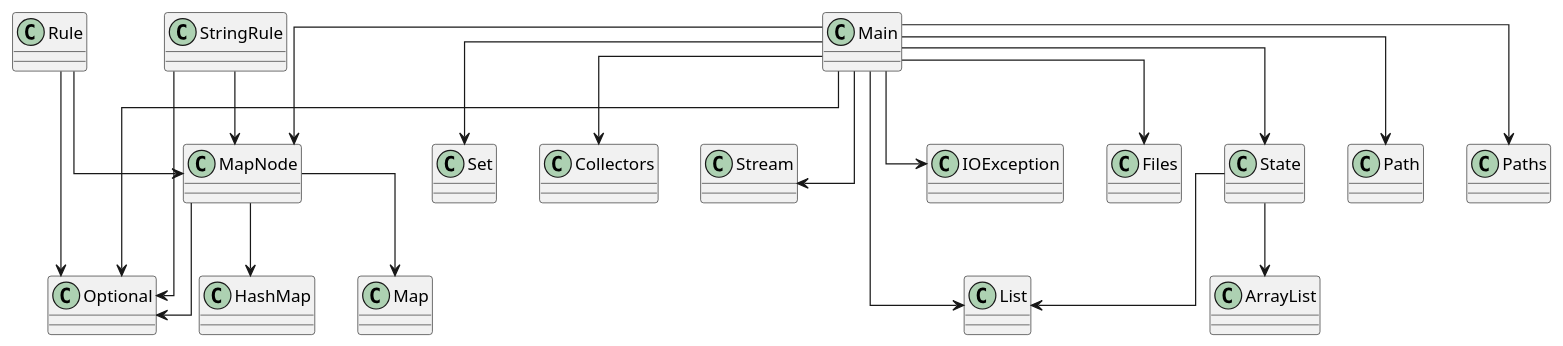
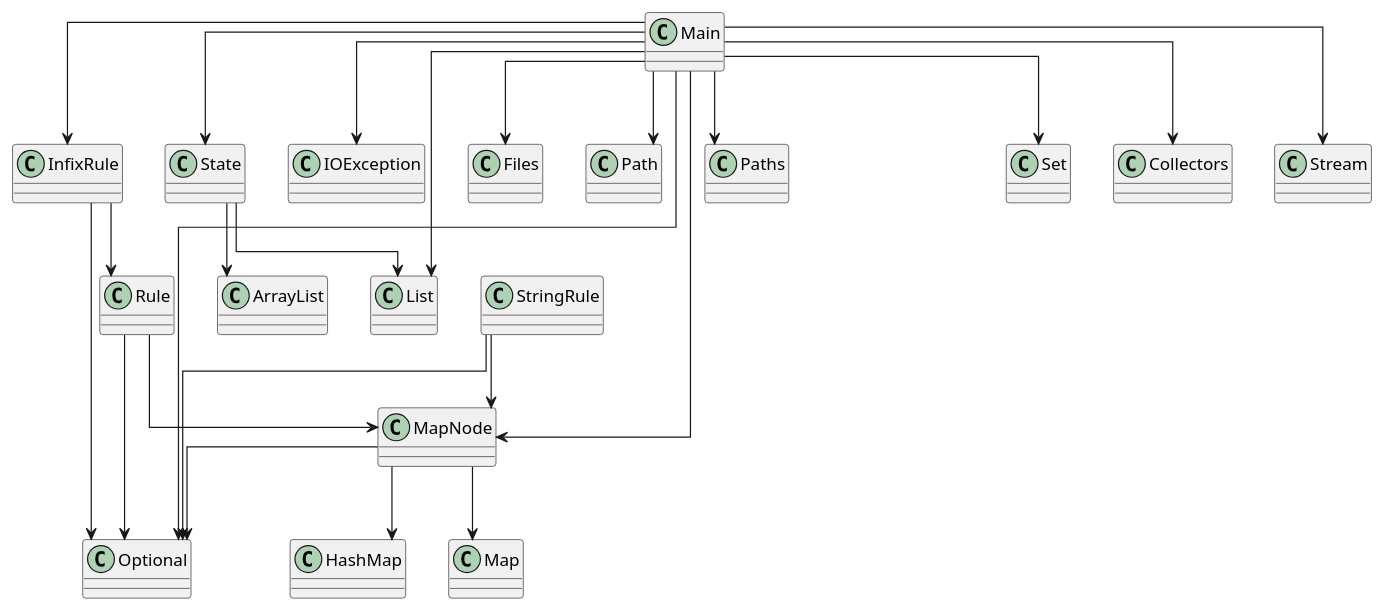
The diagram in diagram.puml (Magma-Foundation/Magma), drawn with PlantUML before and after one commit. The commit also changed 4 other files, not shown here.

Commit message:
InfixRule

```diff
--- a/diagram.puml
+++ b/diagram.puml
@@ -1,28 +1,32 @@
 @startuml
 skinparam linetype ortho
 class Main
+Main --> InfixRule
 Main --> MapNode
 Main --> State
 Main --> IOException
 Main --> Files
 Main --> Path
 Main --> Paths
 Main --> List
 Main --> Optional
 Main --> Set
 Main --> Collectors
 Main --> Stream
 class Rule
 Rule --> MapNode
 Rule --> Optional
 class MapNode
 MapNode --> HashMap
 MapNode --> Map
 MapNode --> Optional
+class InfixRule
+InfixRule --> Rule
+InfixRule --> Optional
 class State
 State --> ArrayList
 State --> List
 class StringRule
 StringRule --> MapNode
 StringRule --> Optional
 @enduml
```
